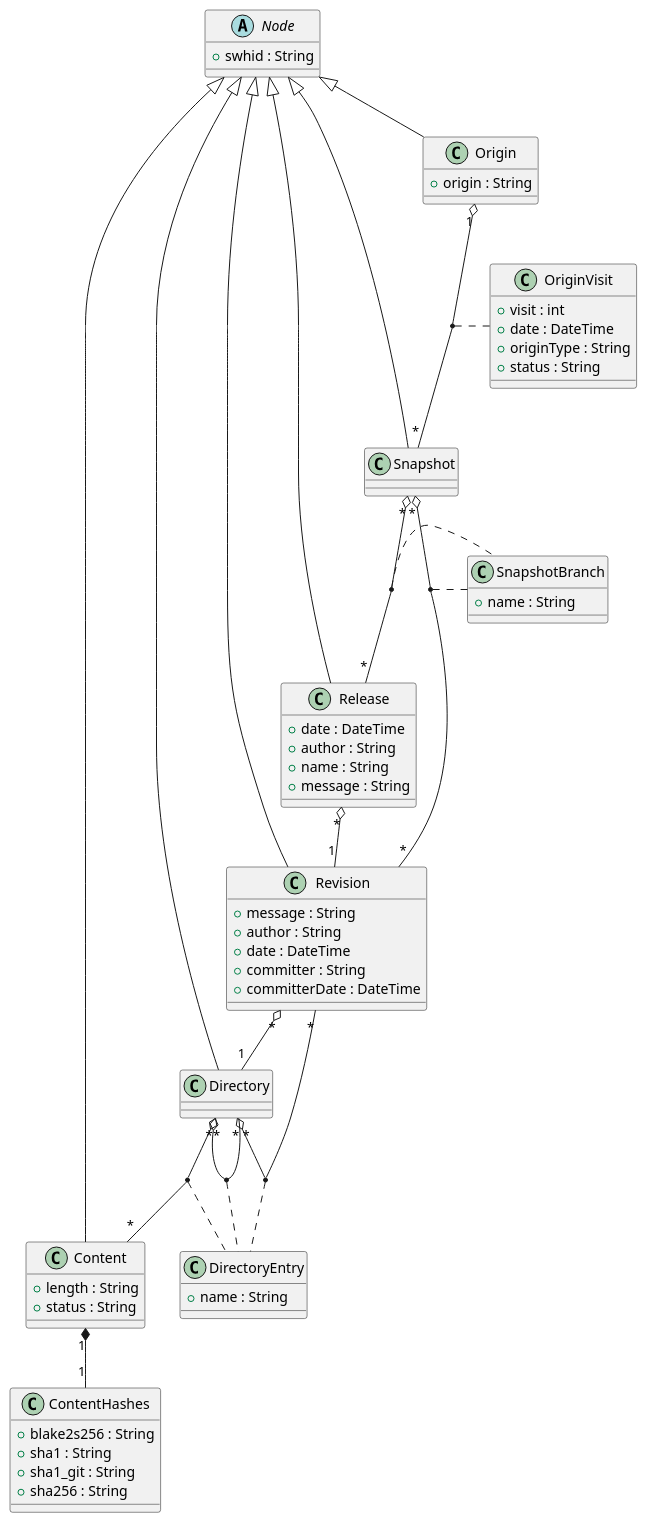
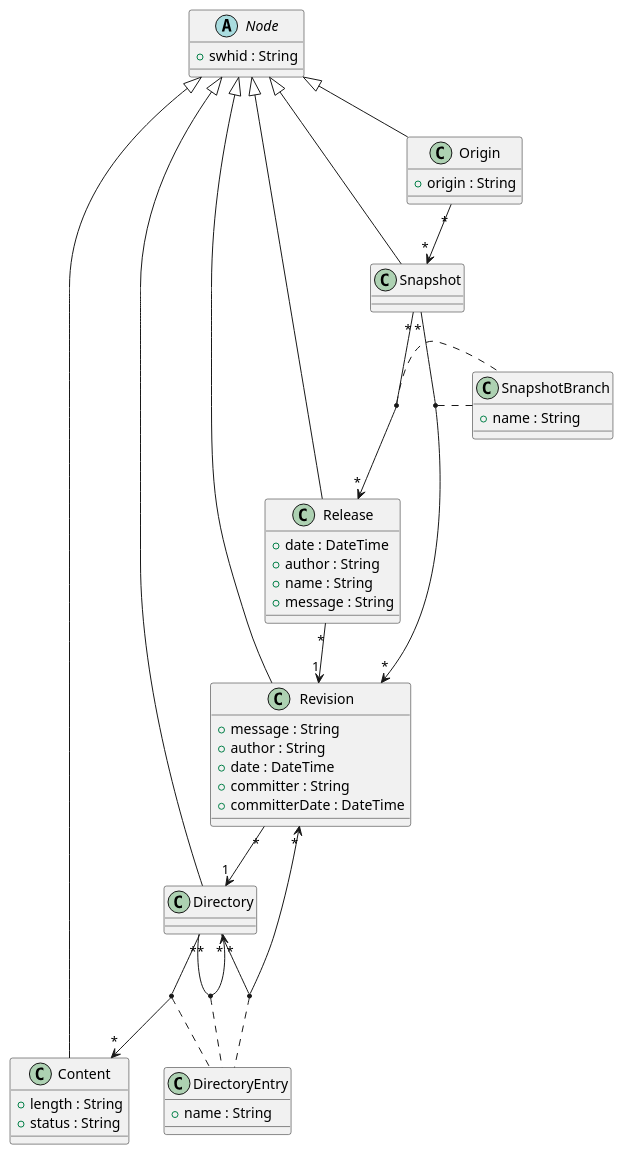
Before and after one commit to RomainLefeuvre/OpenAndroidDataset: the diagram in diag_association_class_version.puml, drawn with PlantUML. The commit also changed 3 other files, not shown here.

Commit message:
Updating diagramm, removing content hash

```diff
--- a/diag_association_class_version.puml
+++ b/diag_association_class_version.puml
@@ -1,85 +1,71 @@
 @startuml need_to_find_id
 
     abstract class Node {
         +swhid : String
     }
 
 
 
-    class ContentHashes {
-       + blake2s256 : String
-       + sha1 : String
-       + sha1_git : String
-       + sha256 : String
-    
-    }
     class Content extends Node{
         + length : String
         + status : String
     
     }
-    Content "1" *-- "1" ContentHashes
     class Directory extends Node {
     }
 
     class DirectoryEntry {
         + name : String
     }
     class Revision extends Node {
         +message : String
         +author : String
         +date : DateTime
         +committer : String
         +committerDate : DateTime
     }
-    Revision "*" o-- "1" Directory
+    Revision "*" --> "1" Directory
 
     class Release extends Node{
         + date : DateTime
         + author : String
         + name : String
         + message : String
     
     }
 
-    Release "*" o-- "1" Revision
+    Release "*" --> "1" Revision
 
     class SnapshotBranch {
       + name : String
     }
     class Snapshot extends Node{
     }
-    Snapshot "*" o-- "*" Release
-    Snapshot "*" o-- "*" Revision
+    Snapshot "*" --> "*" Release
+    Snapshot "*" --> "*" Revision
 
     (Snapshot,Release) . SnapshotBranch
     (Snapshot,Revision) . SnapshotBranch
 
-    class OriginVisit {
-       +visit : int
-       +date : DateTime
-       +originType : String
-       +status : String
-    }
+
     class Origin extends Node {
         +origin : String
     }
-    Origin "1" o-- "*" Snapshot
-    (Origin,Snapshot) . OriginVisit
+    Origin "*" --> "*" Snapshot
 
 
 
 
-Directory "*" o-- "*" Content
-Directory "*" o-- "*" Revision
-Directory "*" o-- "*" Directory
+Directory "*" --> "*" Content
+Directory "*" --> "*" Revision
+Directory "*" --> "*" Directory
 
 
 
 
 (Directory, Content) . DirectoryEntry
 (Directory, Directory) . DirectoryEntry
 (Directory, Revision) . DirectoryEntry
 
 
 @enduml
```
